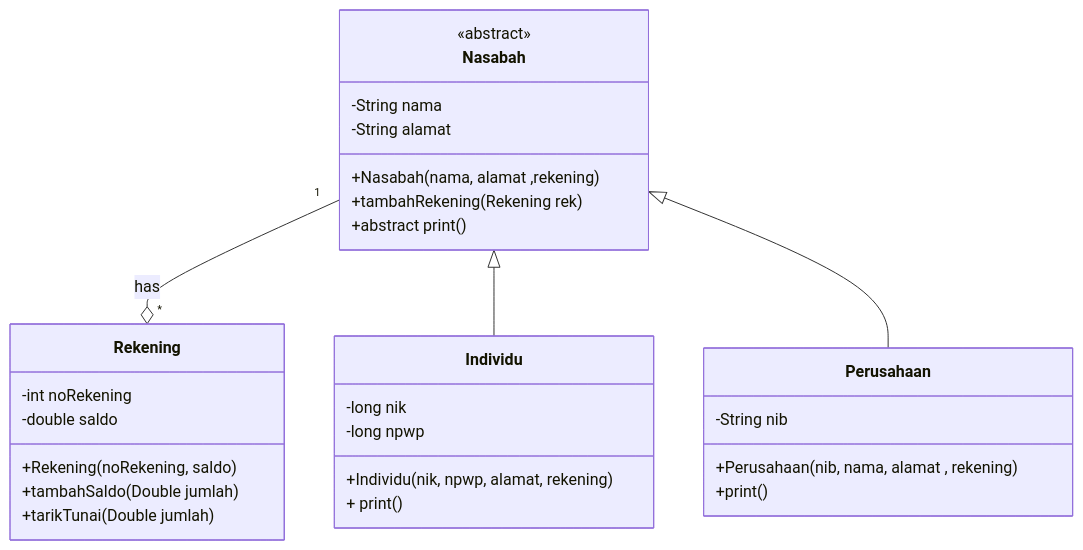
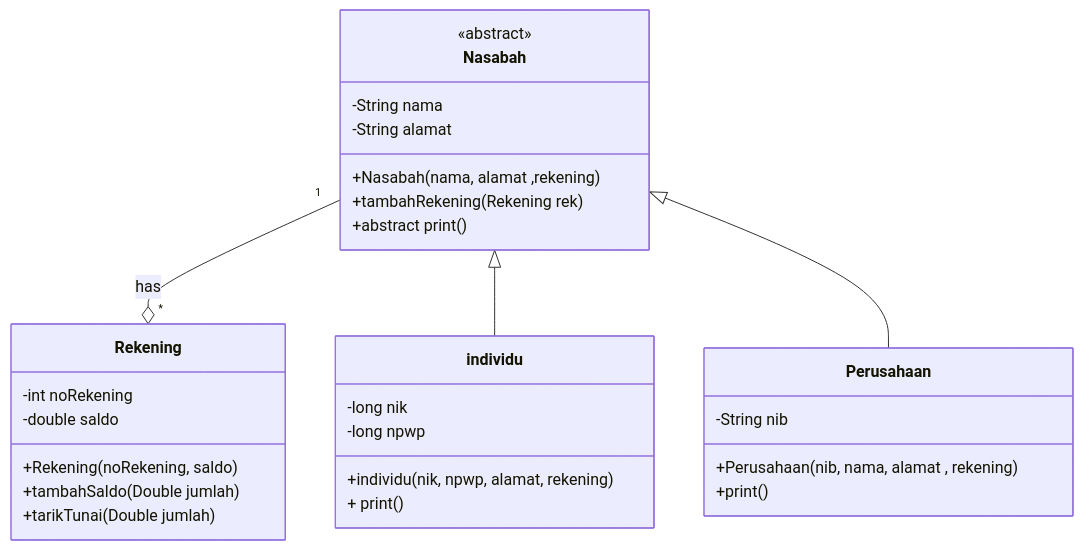
Before and after one commit to yogiandaru98/KoperasiSimpanPinjam: the first of 3 diagrams in README.md, drawn with Mermaid. The commit also changed other lines of this file and 4 other files, not shown here.

````diff
--- a/README.md
+++ b/README.md
@@ -30,35 +30,35 @@
 ```mermaid
  classDiagram
        Nasabah "1"--o"*" Rekening : has
-       Nasabah <|-- Individu
+       Nasabah <|-- individu
        Nasabah <|-- Perusahaan
 
       class Nasabah{
           <<abstract>>
           -String nama 
           -String alamat 
           +Nasabah(nama, alamat ,rekening)
           +tambahRekening(Rekening rek)
 
           +abstract print()
       }
-      class Individu{
+      class individu{
           -long nik
           -long npwp
-          +Individu(nik, npwp, alamat, rekening)
+          +individu(nik, npwp, alamat, rekening)
           + print()
       }
       class Rekening{
           -int noRekening
           -double saldo
           +Rekening(noRekening, saldo)
           +tambahSaldo(Double jumlah)
           +tarikTunai(Double jumlah)
       }
       class Perusahaan{
           -String nib
           +Perusahaan(nib, nama, alamat , rekening)
           +print()
       
       }
 ```
````
